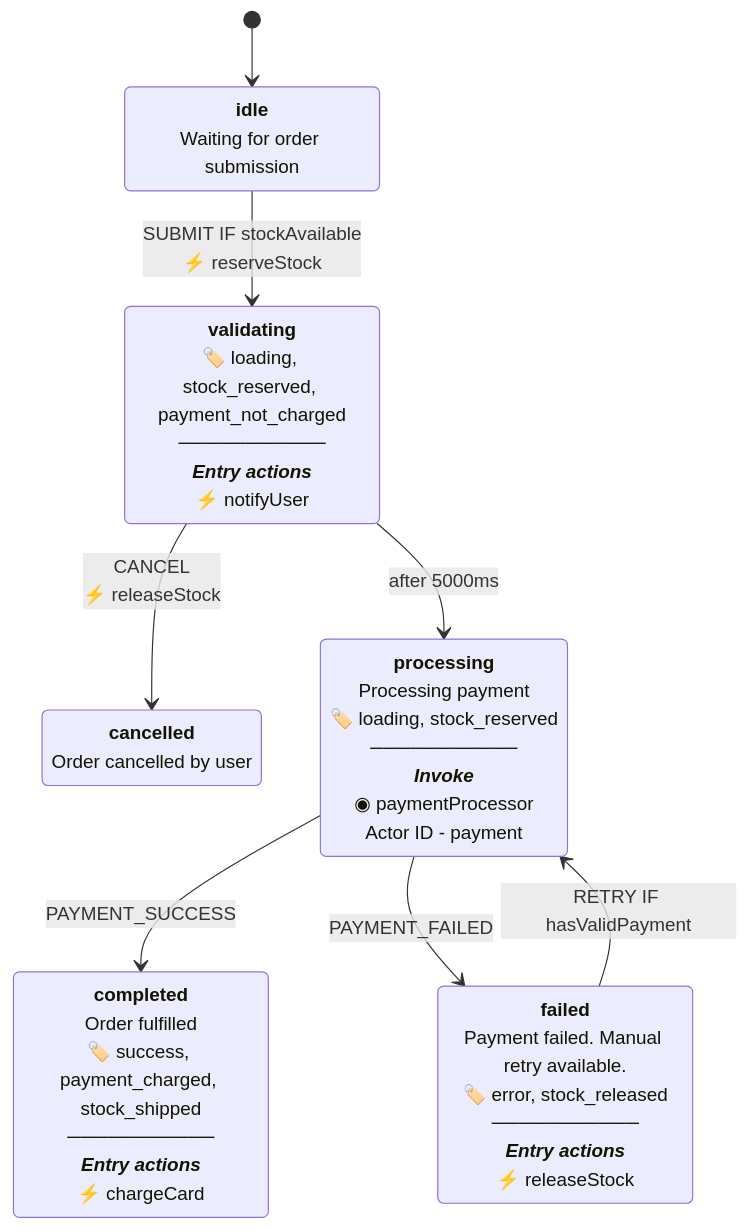
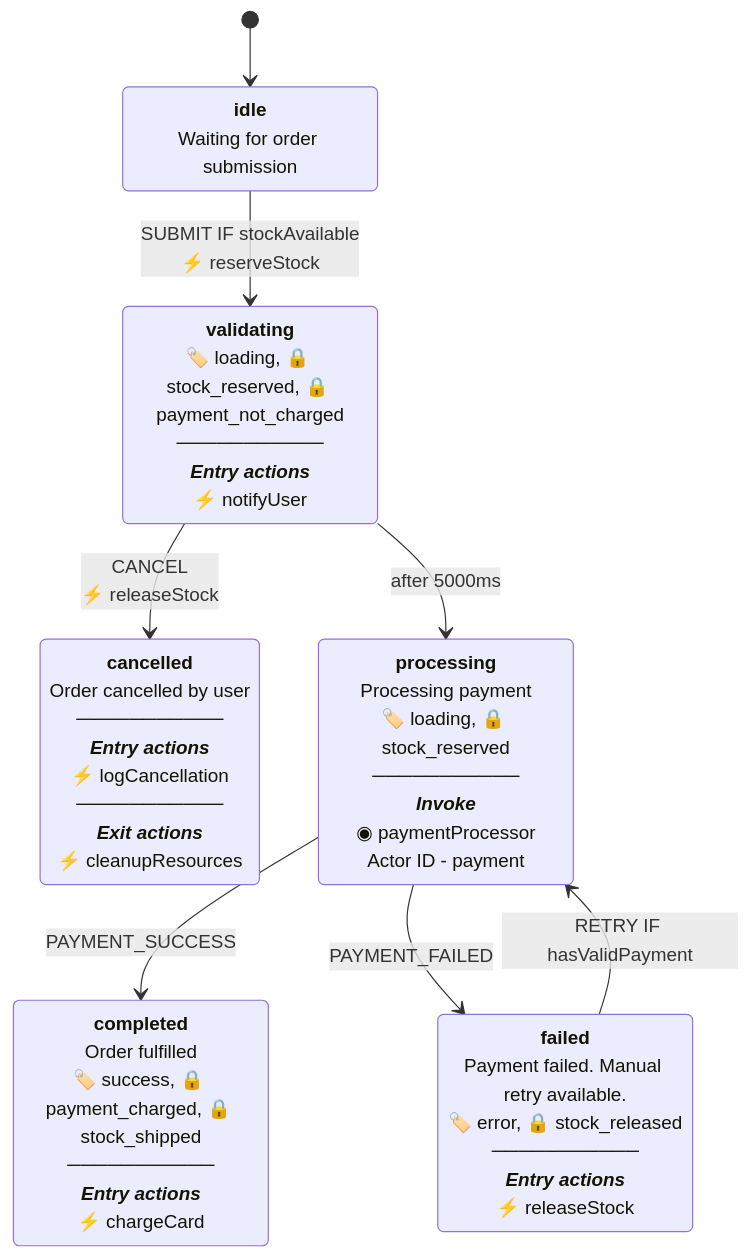
One commit to zitongcharliedeng/xstate-ts-to-mermaid changed the diagram in README.md. Above: the diagram before and after it, drawn with Mermaid. The commit also changed other lines of this file and 4 other files, not shown here.

````diff
--- a/README.md
+++ b/README.md
@@ -105,17 +118,17 @@
 ```mermaid
 stateDiagram-v2
     %% Order Processing
     [*] --> idle
     idle: <b>idle</b><br/>Waiting for order submission
     idle --> validating: SUBMIT IF stockAvailable<br/>⚡ reserveStock
-    validating: <b>validating</b><br/>🏷️ loading, stock_reserved, payment_not_charged<br/>───────────<br/><b><i>Entry actions</i></b><br/>⚡ notifyUser
+    validating: <b>validating</b><br/>🏷️ loading, 🔒 stock_reserved, 🔒 payment_not_charged<br/>───────────<br/><b><i>Entry actions</i></b><br/>⚡ notifyUser
     validating --> cancelled: CANCEL<br/>⚡ releaseStock
     validating --> processing: after 5000ms
-    processing: <b>processing</b><br/>Processing payment<br/>🏷️ loading, stock_reserved<br/>───────────<br/><b><i>Invoke</i></b><br/>◉ paymentProcessor<br/>Actor ID - payment
+    processing: <b>processing</b><br/>Processing payment<br/>🏷️ loading, 🔒 stock_reserved<br/>───────────<br/><b><i>Invoke</i></b><br/>◉ paymentProcessor<br/>Actor ID - payment
     processing --> completed: PAYMENT_SUCCESS
     processing --> failed: PAYMENT_FAILED
-    completed: <b>completed</b><br/>Order fulfilled<br/>🏷️ success, payment_charged, stock_shipped<br/>───────────<br/><b><i>Entry actions</i></b><br/>⚡ chargeCard
-    failed: <b>failed</b><br/>Payment failed. Manual retry available.<br/>🏷️ error, stock_released<br/>───────────<br/><b><i>Entry actions</i></b><br/>⚡ releaseStock
+    completed: <b>completed</b><br/>Order fulfilled<br/>🏷️ success, 🔒 payment_charged, 🔒 stock_shipped<br/>───────────<br/><b><i>Entry actions</i></b><br/>⚡ chargeCard
+    failed: <b>failed</b><br/>Payment failed. Manual retry available.<br/>🏷️ error, 🔒 stock_released<br/>───────────<br/><b><i>Entry actions</i></b><br/>⚡ releaseStock
     failed --> processing: RETRY IF hasValidPayment
-    cancelled: <b>cancelled</b><br/>Order cancelled by user
+    cancelled: <b>cancelled</b><br/>Order cancelled by user<br/>───────────<br/><b><i>Entry actions</i></b><br/>⚡ logCancellation<br/>───────────<br/><b><i>Exit actions</i></b><br/>⚡ cleanupResources
 ```
````
